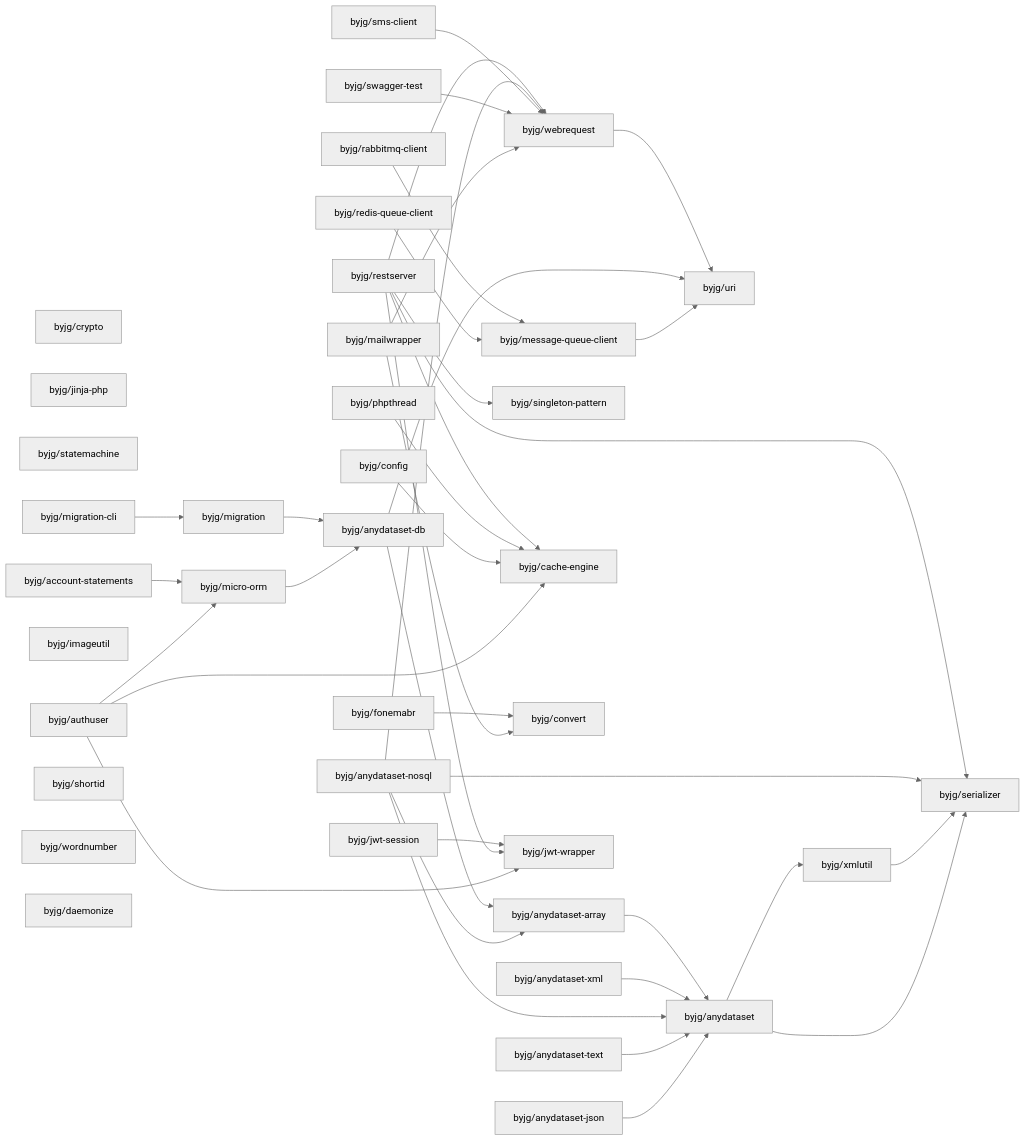
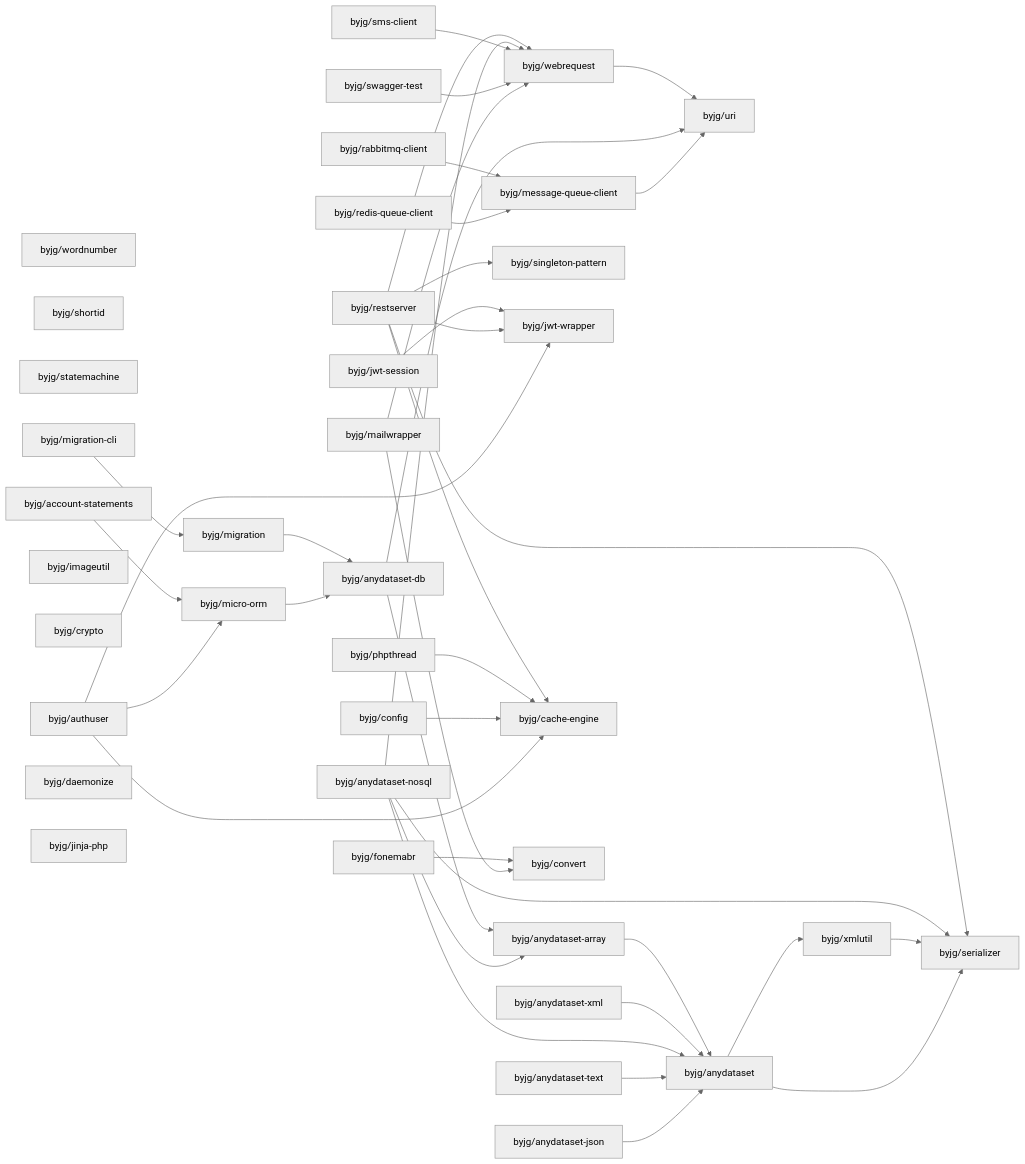
The diagram in docs/php/README.md (byjg/byjg.github.io), drawn with Mermaid (neutral theme) before and after one commit. The commit also changed other lines of this file, not shown here.

Commit message:
Update documentation 'php' 'php-redis-queue-client'

````diff
--- a/docs/php/README.md
+++ b/docs/php/README.md
@@ -3,78 +3,78 @@
 ```mermaid
 graph LR;
-  byjg/crypto;
-  byjg/anydataset-nosql;
-  byjg/sms-client;
-  byjg/jinja-php;
-  byjg/fonemabr;
-  byjg/redis-queue-client;
+  byjg/wordnumber;
+  byjg/shortid;
   byjg/restserver;
   byjg/anydataset-json;
+  byjg/redis-queue-client;
+  byjg/statemachine;
+  byjg/account-statements;
+  byjg/anydataset-nosql;
+  byjg/jwt-session;
+  byjg/authuser;
+  byjg/imageutil;
   byjg/anydataset-xml;
-  byjg/statemachine;
+  byjg/crypto;
+  byjg/rabbitmq-client;
+  byjg/anydataset-text;
+  byjg/sms-client;
+  byjg/phpthread;
+  byjg/config;
   byjg/migration-cli;
-  byjg/rabbitmq-client;
-  byjg/phpthread;
-  byjg/account-statements;
+  byjg/mailwrapper;
+  byjg/fonemabr;
   byjg/swagger-test;
-  byjg/imageutil;
-  byjg/authuser;
-  byjg/config;
-  byjg/shortid;
-  byjg/wordnumber;
-  byjg/anydataset-text;
-  byjg/mailwrapper;
   byjg/daemonize;
-  byjg/jwt-session;
+  byjg/jinja-php;
   byjg/singleton-pattern;
+  byjg/micro-orm;
+  byjg/jwt-wrapper;
+  byjg/message-queue-client;
+  byjg/cache-engine;
   byjg/migration;
-  byjg/message-queue-client;
-  byjg/micro-orm;
-  byjg/cache-engine;
   byjg/convert;
   byjg/webrequest;
-  byjg/jwt-wrapper;
   byjg/anydataset-db;
   byjg/anydataset-array;
   byjg/uri;
   byjg/anydataset;
   byjg/xmlutil;
   byjg/serializer;
   byjg/account-statements --> byjg/micro-orm;
   byjg/fonemabr --> byjg/convert;
   byjg/webrequest --> byjg/uri;
   byjg/anydataset-array --> byjg/anydataset;
   byjg/anydataset-xml --> byjg/anydataset;
   byjg/rabbitmq-client --> byjg/message-queue-client;
   byjg/redis-queue-client --> byjg/message-queue-client;
   byjg/jwt-session --> byjg/jwt-wrapper;
   byjg/anydataset-db --> byjg/anydataset-array;
   byjg/anydataset-db --> byjg/uri;
   byjg/restserver --> byjg/serializer;
   byjg/restserver --> byjg/singleton-pattern;
   byjg/restserver --> byjg/cache-engine;
   byjg/restserver --> byjg/webrequest;
   byjg/restserver --> byjg/jwt-wrapper;
   byjg/migration --> byjg/anydataset-db;
   byjg/anydataset-nosql --> byjg/anydataset;
   byjg/anydataset-nosql --> byjg/anydataset-array;
   byjg/anydataset-nosql --> byjg/serializer;
   byjg/anydataset-nosql --> byjg/webrequest;
   byjg/phpthread --> byjg/cache-engine;
   byjg/sms-client --> byjg/webrequest;
   byjg/swagger-test --> byjg/webrequest;
   byjg/migration-cli --> byjg/migration;
   byjg/config --> byjg/cache-engine;
   byjg/anydataset-text --> byjg/anydataset;
   byjg/micro-orm --> byjg/anydataset-db;
   byjg/authuser --> byjg/micro-orm;
   byjg/authuser --> byjg/cache-engine;
   byjg/authuser --> byjg/jwt-wrapper;
   byjg/anydataset-json --> byjg/anydataset;
   byjg/mailwrapper --> byjg/convert;
   byjg/mailwrapper --> byjg/webrequest;
   byjg/xmlutil --> byjg/serializer;
   byjg/anydataset --> byjg/serializer;
   byjg/anydataset --> byjg/xmlutil;
   byjg/message-queue-client --> byjg/uri;
 ```
````
